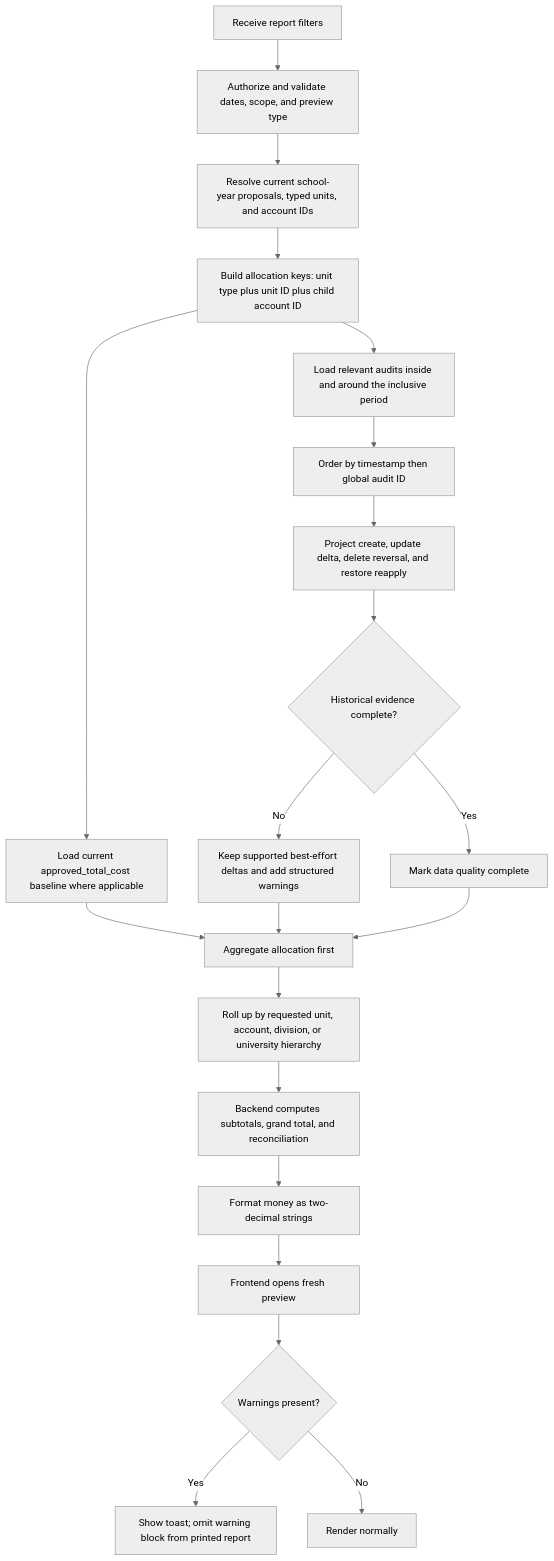
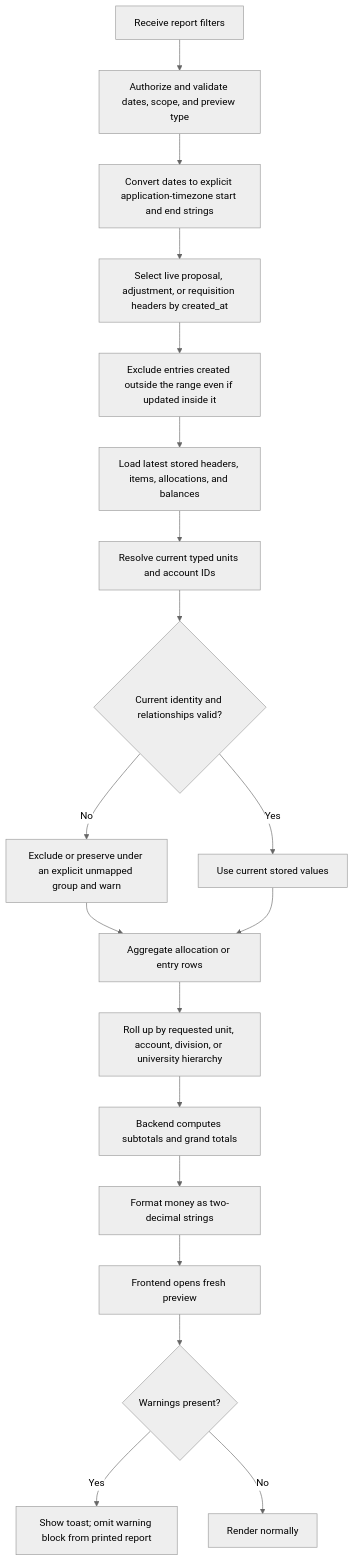
The sixth of 20 diagrams in docs/abms/flowcharts.md (AdamsonUniversity-ITC/adulivev6-monorepo), drawn with Mermaid (neutral theme) before and after one commit. The commit also changed other lines of this file and 20 other files, not shown here.

````diff
--- a/docs/abms/flowcharts.md
+++ b/docs/abms/flowcharts.md
@@ -101,23 +117,21 @@
 ```mermaid
 flowchart TD
     A[Receive report filters] --> B[Authorize and validate dates, scope, and preview type]
-    B --> C[Resolve current school-year proposals, typed units, and account IDs]
-    C --> D[Build allocation keys: unit type plus unit ID plus child account ID]
-    D --> E[Load current approved_total_cost baseline where applicable]
-    D --> F[Load relevant audits inside and around the inclusive period]
-    F --> G[Order by timestamp then global audit ID]
-    G --> H[Project create, update delta, delete reversal, and restore reapply]
-    H --> I{Historical evidence complete?}
-    I -- No --> J[Keep supported best-effort deltas and add structured warnings]
-    I -- Yes --> K[Mark data quality complete]
-    E --> L[Aggregate allocation first]
-    J --> L
+    B --> C[Convert dates to explicit application-timezone start and end strings]
+    C --> D[Select live proposal, adjustment, or requisition headers by created_at]
+    D --> E[Exclude entries created outside the range even if updated inside it]
+    E --> F[Load latest stored headers, items, allocations, and balances]
+    F --> G[Resolve current typed units and account IDs]
+    G --> H{Current identity and relationships valid?}
+    H -- No --> J[Exclude or preserve under an explicit unmapped group and warn]
+    H -- Yes --> K[Use current stored values]
+    J --> L[Aggregate allocation or entry rows]
     K --> L
     L --> M[Roll up by requested unit, account, division, or university hierarchy]
-    M --> N[Backend computes subtotals, grand total, and reconciliation]
+    M --> N[Backend computes subtotals and grand totals]
     N --> O[Format money as two-decimal strings]
     O --> P[Frontend opens fresh preview]
     P --> Q{Warnings present?}
     Q -- Yes --> R[Show toast; omit warning block from printed report]
     Q -- No --> S[Render normally]
 ```
````
